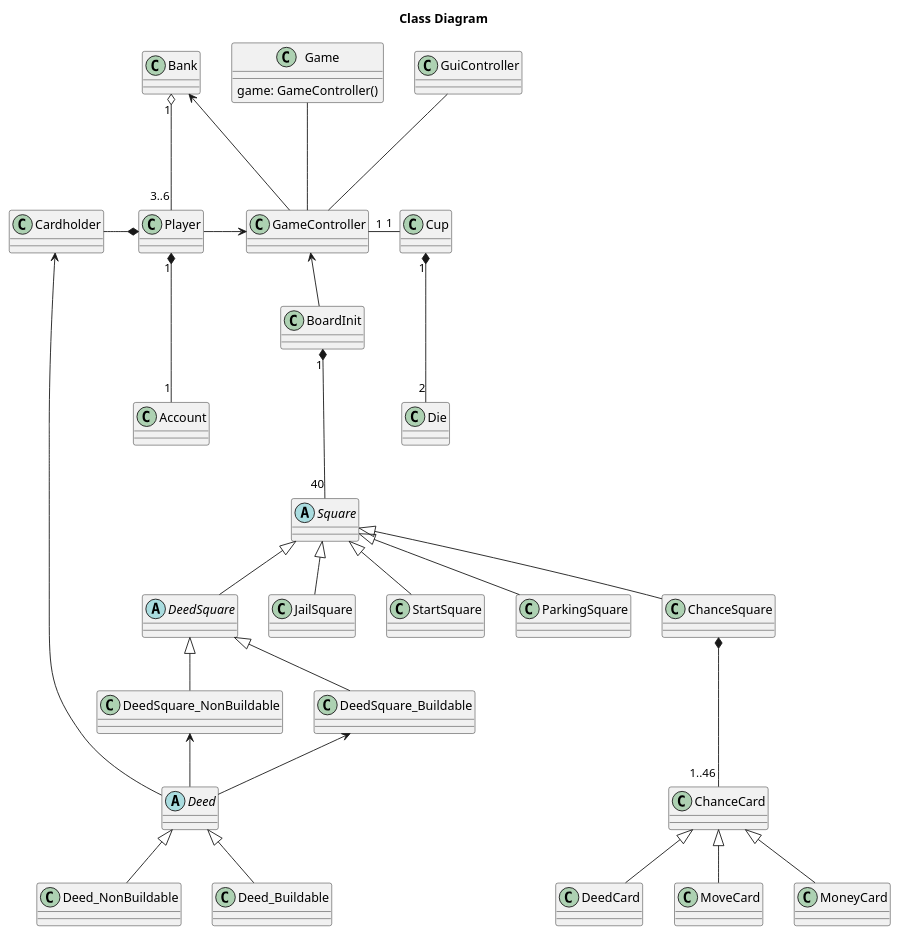
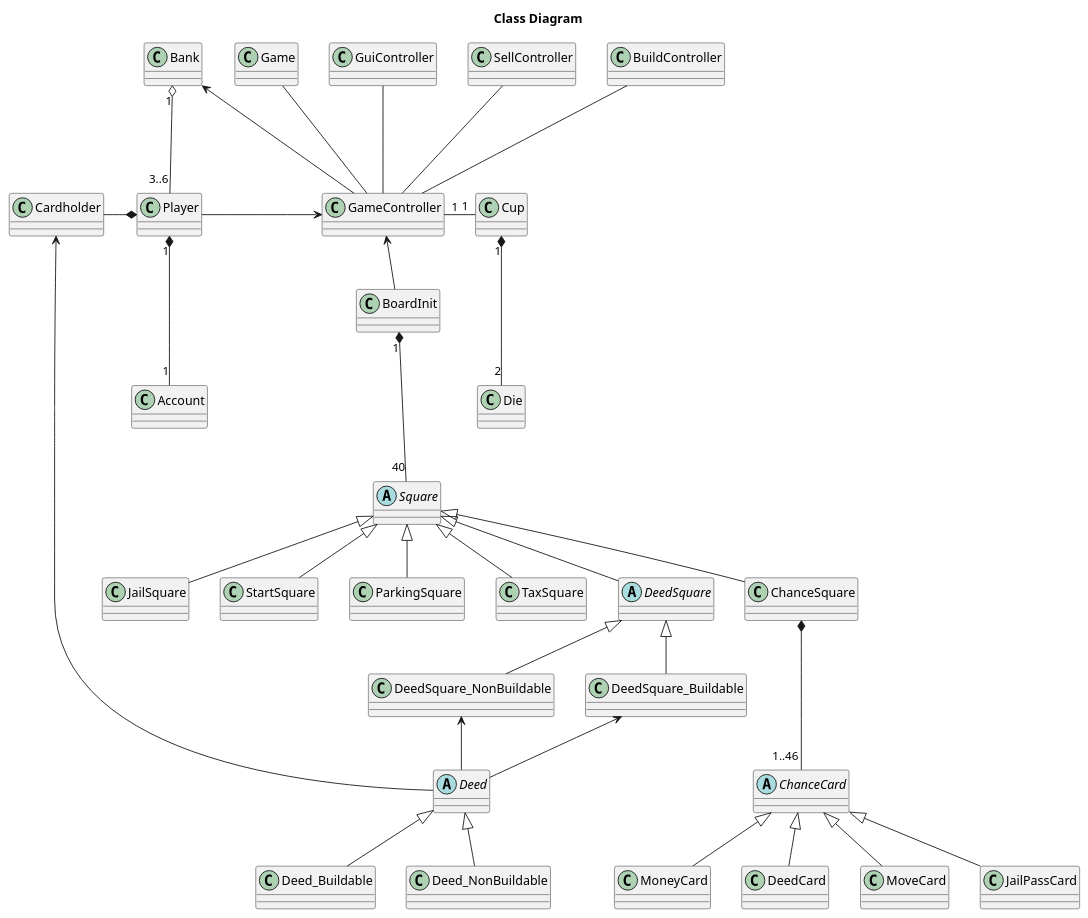
The diagram in Diagrams/ClassDiagramModel.puml (hellomelissaw/Matador), drawn with PlantUML before and after one commit.

Commit message:
Removing gameController from Game

```diff
--- a/Diagrams/ClassDiagramModel.puml
+++ b/Diagrams/ClassDiagramModel.puml
@@ -1,160 +1,171 @@
 @startuml
 'https://plantuml.com/class-diagram
 
 title Class Diagram
 
 class Game{
-game: GameController()
 }
 
 
 class Cup{
 
 }
 
 class Die {
 
 }
 
 class GameController {
 
 }
 
 class Player{
 
 }
 
 class Account{
 
 }
 
 class Square {
 
 
 }
 
 class BoardInit {
 
 
 }
 
 abstract class Square {
 
 }
 
 abstract class DeedSquare {
 
 }
 
 class DeedSquare_Buildable {
 
 }
 
 class DeedSquare_NonBuildable {}
 
 abstract class Deed {
 
 }
 
 class Deed_Buildable{}
 
 class Deed_NonBuildable{}
 
 class Player {
 
 }
 
 class Account {
 
 }
 
 class ChanceSquare {}
 
-class ChanceCard {}
+abstract class ChanceCard {}
 
 class JailSquare {}
 
 class StartSquare {}
 
 class ParkingSquare {}
 
+class TaxSquare{}
+
 class GuiController{
 
 }
 
-class ChanceCard {
-
-
-}
 
 class MoveCard {
 
 }
 
+class JailPassCard {}
+
 class Cardholder {}
 
 class Bank {
 }
+
+class SellController {}
+
+class BuildController {}
 
 Bank <-down- GameController
 
 Bank "1" o--down- "3..6" Player
 
 GameController -up-- Game
 
 GuiController -down-- GameController
+
+SellController -down-- GameController
+
+BuildController -down-- GameController
 
 GameController <-down- BoardInit
 
 BoardInit "1" *--down- "40" Square
 
 Square <|-down- DeedSquare
 
 DeedSquare <|-down- DeedSquare_Buildable
 
 DeedSquare <|-down- DeedSquare_NonBuildable
 
 DeedSquare_Buildable <-down- Deed
 
 DeedSquare_NonBuildable <-down- Deed
 
 
 Deed <|-down- Deed_Buildable
 
 Deed <|-down- Deed_NonBuildable
 
 Square  <|-down- ChanceSquare
 
 ChanceSquare *-down-- "1..46"ChanceCard
 
 Square  <|-down- JailSquare
 
 Square  <|-down- StartSquare
 
 Square  <|-down- ParkingSquare
 
+Square  <|-down- TaxSquare
+
 ChanceCard <|-down- MoveCard
 
 ChanceCard <|-down- MoneyCard
 
 ChanceCard <|-down- DeedCard
+
+ChanceCard <|-down- JailPassCard
 
 Player *-left-Cardholder
 
 Cardholder <-down- Deed
 
 
 
 GameController <-left- Player
 
 GameController "1" -right- "1" Cup
 
 
 
 
 Cup "1" *-down-- "2" Die
 
 Player "1" *--down- "1" Account
 
 
 @enduml
```
